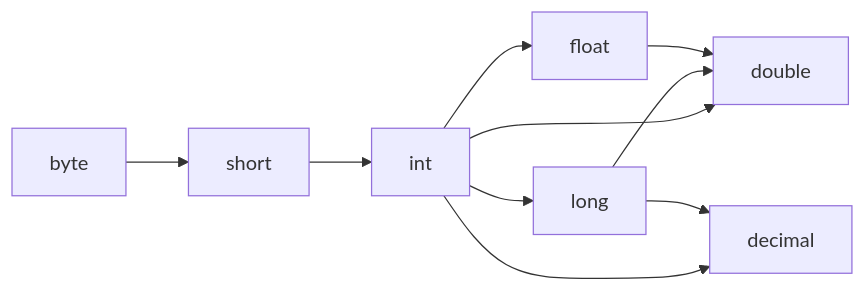
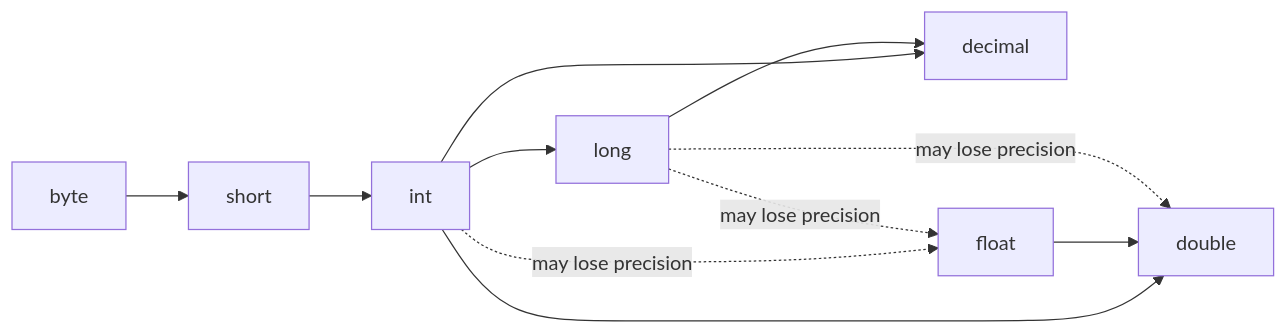
One commit to tushardongre1990/Claude-CSharp changed the second of 15 diagrams in chapters/01-csharp-fundamentals-oop/notes.md. Above: the diagram before and after it, drawn with Mermaid. The commit also changed other lines of this file and 11 other files, not shown here.

````diff
--- a/chapters/01-csharp-fundamentals-oop/notes.md
+++ b/chapters/01-csharp-fundamentals-oop/notes.md
@@ -162,10 +368,11 @@
 ```mermaid
 flowchart LR
     byte --> short --> int --> long
     int --> double
-    long --> double
     int --> decimal
     long --> decimal
     float --> double
-    int --> float
+    int -. "may lose precision" .-> float
+    long -. "may lose precision" .-> double
+    long -. "may lose precision" .-> float
 ```
````
